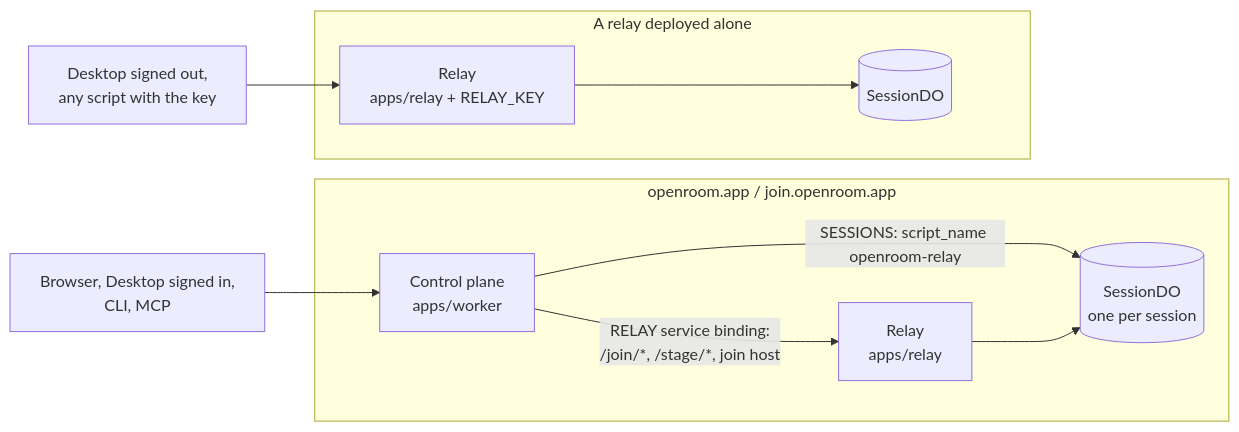
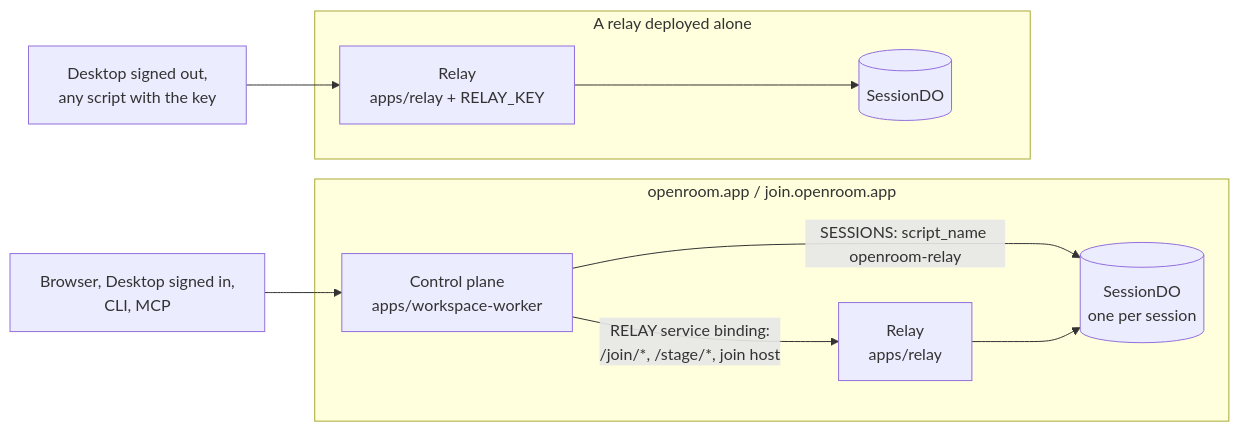
The fifth of 5 diagrams in docs/ARCHITECTURE.md (wisdomousai/openroom), drawn with Mermaid before and after one commit. The commit also changed other lines of this file and 17 other files, not shown here.

First line of the commit message:
docs: describe the core and workspace split and the renamed apps

````diff
--- a/docs/ARCHITECTURE.md
+++ b/docs/ARCHITECTURE.md
@@ -232,18 +239,18 @@
 ```mermaid
 flowchart LR
   subgraph Hosted["openroom.app / join.openroom.app"]
-    CP["Control plane<br/>apps/worker"]
+    CP["Control plane<br/>apps/workspace-worker"]
     RE["Relay<br/>apps/relay"]
     DO[("SessionDO<br/>one per session")]
     CP -->|"SESSIONS: script_name openroom-relay"| DO
     CP -->|"RELAY service binding:<br/>/join/*, /stage/*, join host"| RE
     RE --> DO
   end
   subgraph Own["A relay deployed alone"]
     R2["Relay<br/>apps/relay + RELAY_KEY"]
     DO2[("SessionDO")]
     R2 --> DO2
   end
   B["Browser, Desktop signed in,<br/>CLI, MCP"] --> CP
   D["Desktop signed out,<br/>any script with the key"] --> R2
 ```
````
